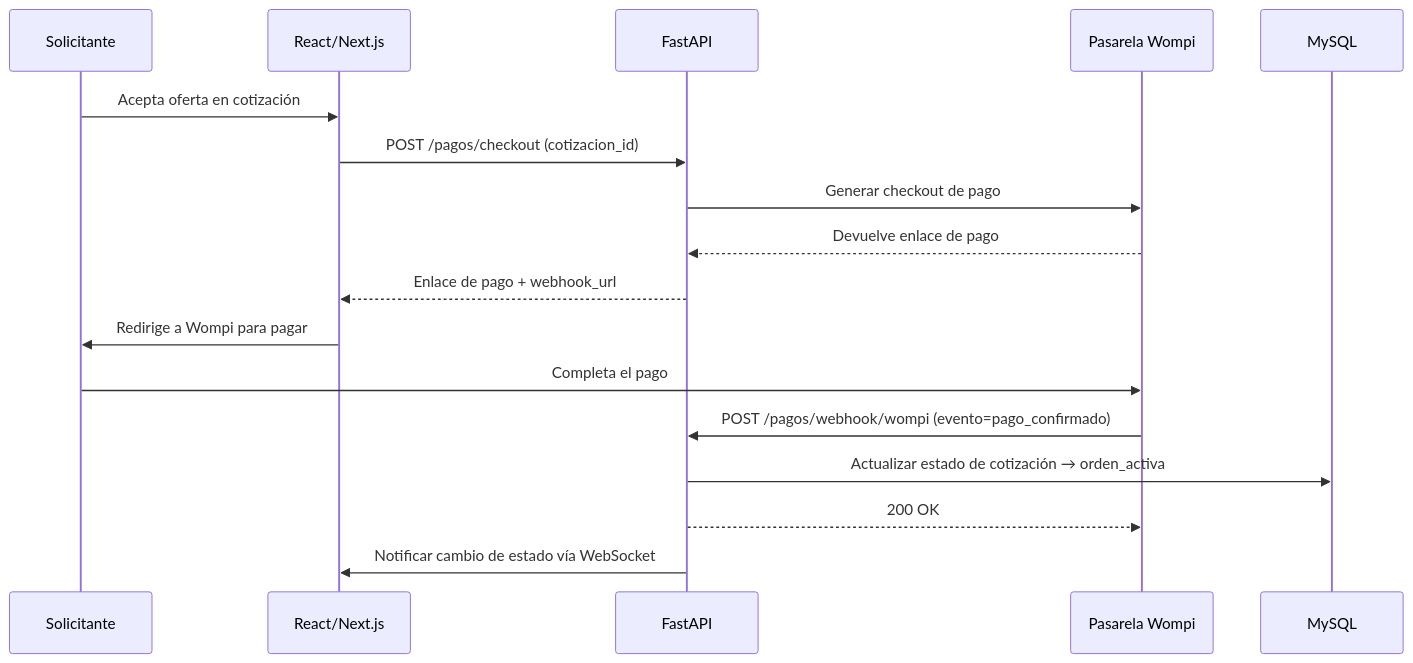
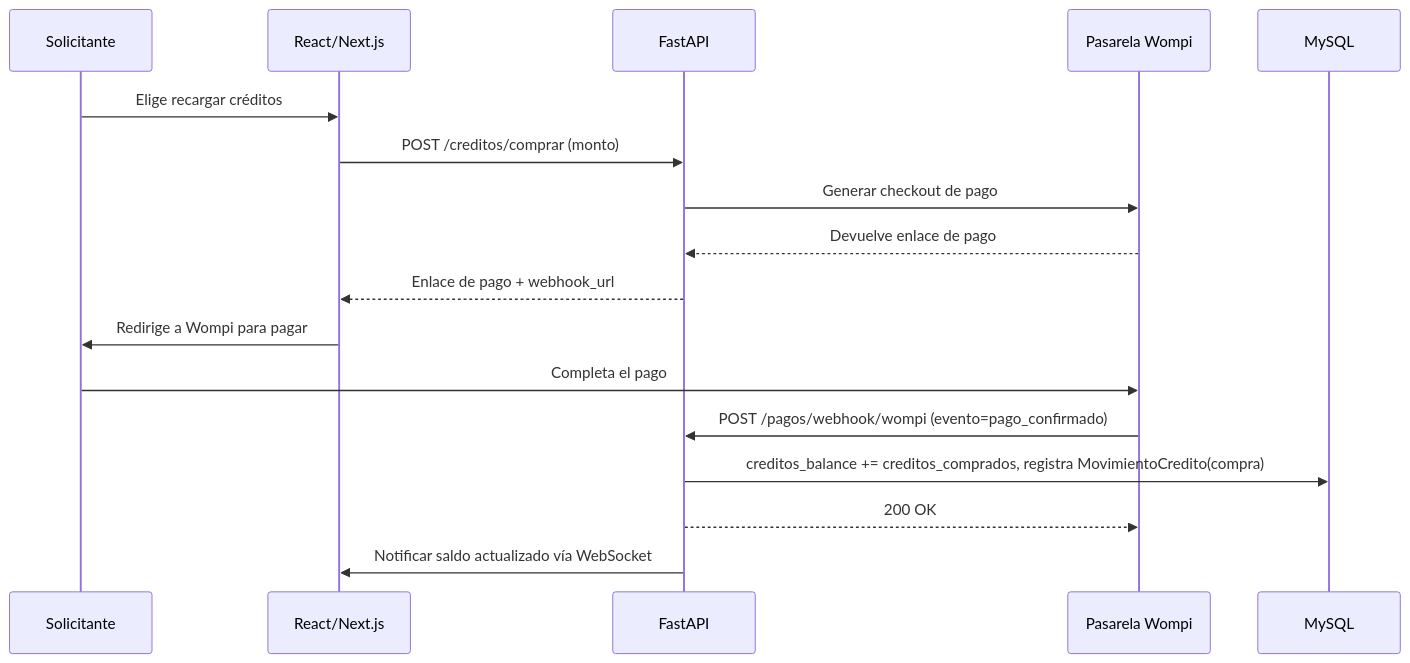
One commit to JuanEstebanAstaiza/ImportacionesQ8 changed the first of 2 diagrams in ImportacionesQ8V/Backend/API-Rest.md. Above: the diagram before and after it, drawn with Mermaid. The commit also changed other lines of this file and 61 other files, not shown here.

````diff
--- a/ImportacionesQ8V/Backend/API-Rest.md
+++ b/ImportacionesQ8V/Backend/API-Rest.md
@@ -253,21 +321,21 @@
 ```mermaid
 sequenceDiagram
     participant Cliente as Solicitante
     participant Frontend as React/Next.js
     participant API as FastAPI
     participant Wompi as Pasarela Wompi
 
-    Cliente->>Frontend: Acepta oferta en cotización
-    Frontend->>API: POST /pagos/checkout (cotizacion_id)
+    Cliente->>Frontend: Elige recargar créditos
+    Frontend->>API: POST /creditos/comprar (monto)
     API->>Wompi: Generar checkout de pago
     Wompi-->>API: Devuelve enlace de pago
     API-->>Frontend: Enlace de pago + webhook_url
     Frontend->>Cliente: Redirige a Wompi para pagar
 
     Cliente->>Wompi: Completa el pago
     Wompi->>API: POST /pagos/webhook/wompi (evento=pago_confirmado)
-    API->>MySQL: Actualizar estado de cotización → orden_activa
+    API->>MySQL: creditos_balance += creditos_comprados, registra MovimientoCredito(compra)
     API-->>Wompi: 200 OK
 
-    API->>Frontend: Notificar cambio de estado vía WebSocket
+    API->>Frontend: Notificar saldo actualizado vía WebSocket
 ```
````
